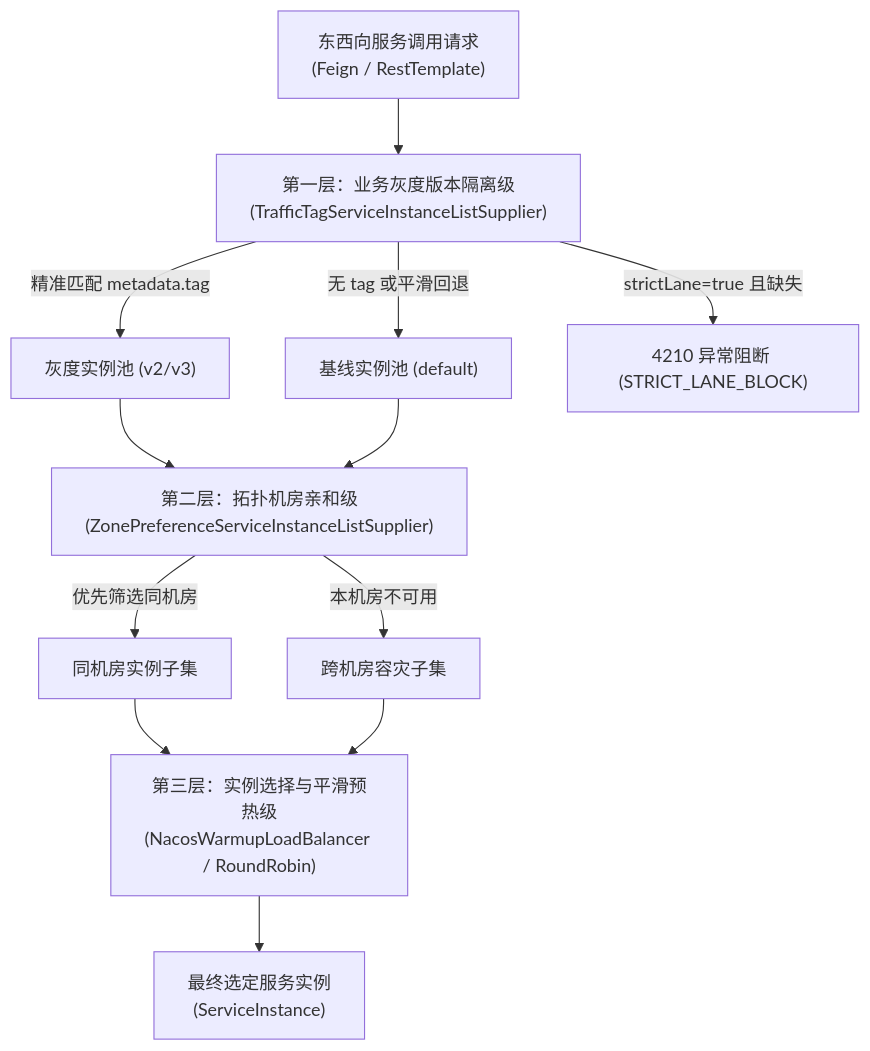
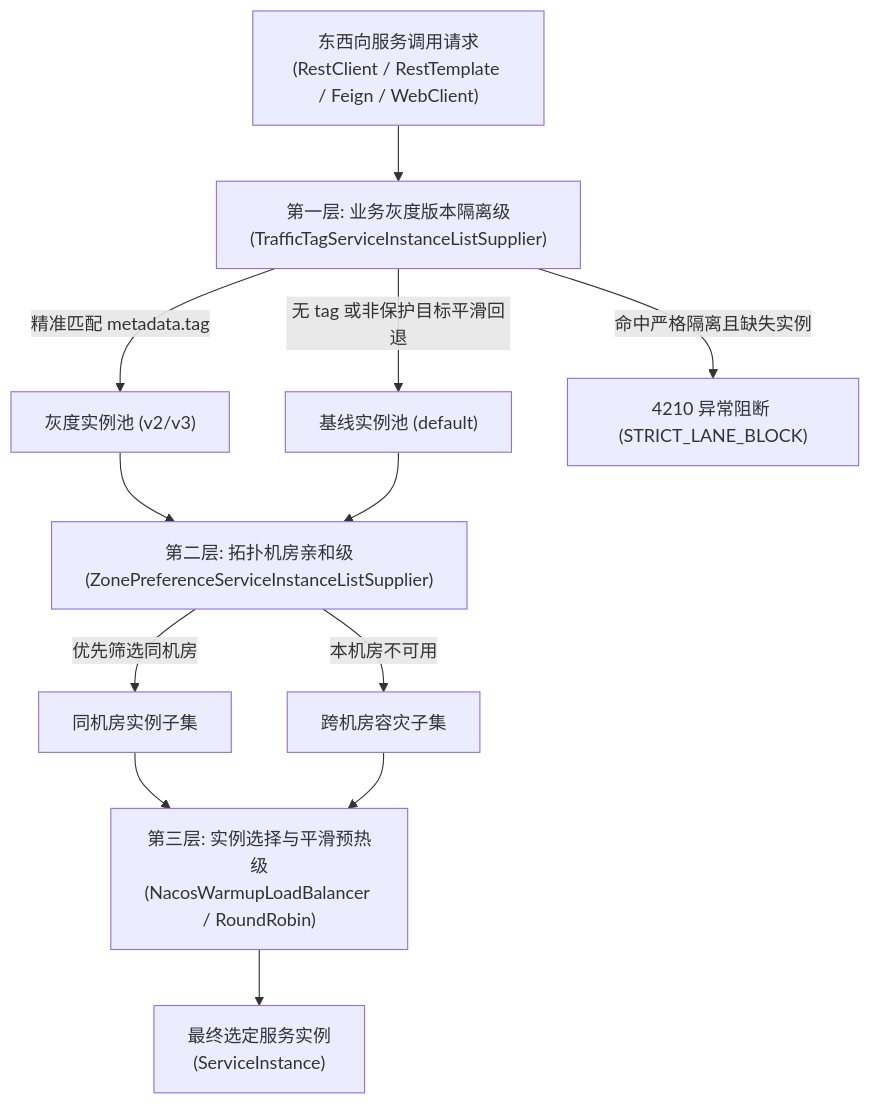
The second of 3 diagrams in ateng-cloud-traffic/README.md (atengk/ateng-cloud), drawn with Mermaid before and after one commit. The commit also changed other lines of this file and 7 other files, not shown here.

First line of the commit message:
docs(traffic): 收口 sample-cloud-traffic-gray 全场景演练并完成五维 README 1:1 逆向提取闭环

````diff
--- a/ateng-cloud-traffic/README.md
+++ b/ateng-cloud-traffic/README.md
@@ -116,19 +132,14 @@
 ```mermaid
 flowchart TD
-    Req["东西向服务调用请求\n(Feign / RestTemplate)"] --> L1["第一层：业务灰度版本隔离级\n(TrafficTagServiceInstanceListSupplier)"]
-    
-    L1 -->|精准匹配 metadata.tag| GrayPool["灰度实例池 (v2/v3)"]
-    L1 -->|无 tag 或平滑回退| BasePool["基线实例池 (default)"]
-    L1 -->|strictLane=true 且缺失| FailFast["4210 异常阻断 (STRICT_LANE_BLOCK)"]
-    
-    GrayPool --> L2["第二层：拓扑机房亲和级\n(ZonePreferenceServiceInstanceListSupplier)"]
+    Req["东西向服务调用请求<br>(RestClient / RestTemplate / Feign / WebClient)"] --> L1["第一层: 业务灰度版本隔离级<br>(TrafficTagServiceInstanceListSupplier)"]
+    L1 -->|"精准匹配 metadata.tag"| GrayPool["灰度实例池 (v2/v3)"]
+    L1 -->|"无 tag 或非保护目标平滑回退"| BasePool["基线实例池 (default)"]
+    L1 -->|"命中严格隔离且缺失实例"| FailFast["4210 异常阻断 (STRICT_LANE_BLOCK)"]
+    GrayPool --> L2["第二层: 拓扑机房亲和级<br>(ZonePreferenceServiceInstanceListSupplier)"]
     BasePool --> L2
-    
-    L2 -->|优先筛选同机房| LocalZone["同机房实例子集"]
-    L2 -->|本机房不可用| CrossZone["跨机房容灾子集"]
-    
-    LocalZone --> L3["第三层：实例选择与平滑预热级\n(NacosWarmupLoadBalancer / RoundRobin)"]
+    L2 -->|"优先筛选同机房"| LocalZone["同机房实例子集"]
+    L2 -->|"本机房不可用"| CrossZone["跨机房容灾子集"]
+    LocalZone --> L3["第三层: 实例选择与平滑预热级<br>(NacosWarmupLoadBalancer / RoundRobin)"]
     CrossZone --> L3
-    
-    L3 --> Target["最终选定服务实例\n(ServiceInstance)"]
+    L3 --> Target["最终选定服务实例<br>(ServiceInstance)"]
 ```
````
